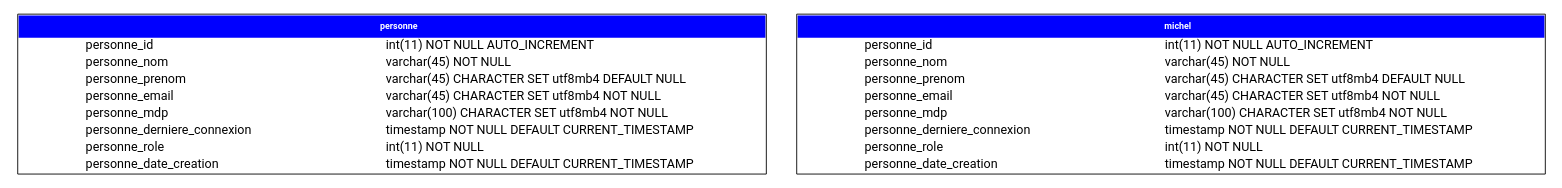
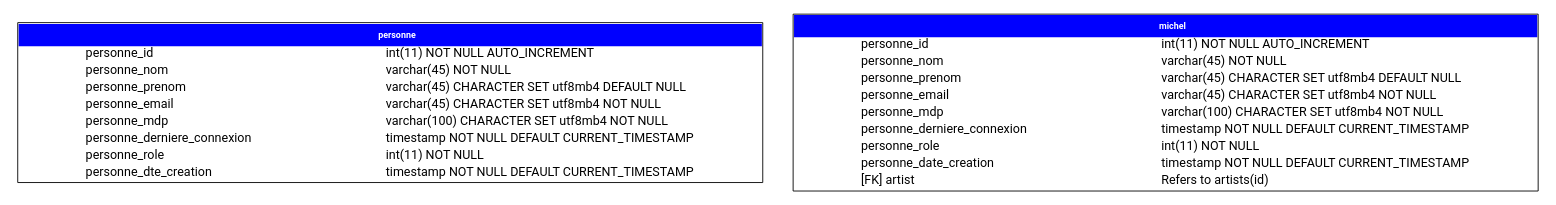
Before and after one commit to nag763/doteur: the diagram in output.dot, drawn with Graphviz. The commit also changed 2 other files, not shown here.

```diff
--- a/output.dot
+++ b/output.dot
@@ -1,106 +1,111 @@
 digraph hello {
 
     node [
 
         shape = "plaintext"
 
     ]
 personne [label=<
     <TABLE BGCOLOR="white" BORDER="1" CELLBORDER="0" CELLSPACING="0">
     <TR><TD COLSPAN="2" CELLPADDING="5" ALIGN="CENTER" BGCOLOR="blue">
     <FONT FACE="Roboto" COLOR="white" POINT-SIZE="10"><B>
     personne
     </B></FONT></TD></TR>
 <TR><TD ALIGN="LEFT" BORDER="0">
                 <FONT FACE="Roboto">personne_id</FONT>
                 </TD><TD ALIGN="LEFT">
-                <FONT FACE="Roboto"> int(11) NOT NULL AUTO_INCREMENT</FONT>
+                <FONT FACE="Roboto">int(11) NOT NULL AUTO_INCREMENT</FONT>
                 </TD></TR>
 <TR><TD ALIGN="LEFT" BORDER="0">
                 <FONT FACE="Roboto">personne_nom</FONT>
                 </TD><TD ALIGN="LEFT">
-                <FONT FACE="Roboto"> varchar(45) NOT NULL</FONT>
+                <FONT FACE="Roboto">varchar(45) NOT NULL</FONT>
                 </TD></TR>
 <TR><TD ALIGN="LEFT" BORDER="0">
                 <FONT FACE="Roboto">personne_prenom</FONT>
                 </TD><TD ALIGN="LEFT">
-                <FONT FACE="Roboto"> varchar(45) CHARACTER SET utf8mb4 DEFAULT NULL</FONT>
+                <FONT FACE="Roboto">varchar(45) CHARACTER SET utf8mb4 DEFAULT NULL</FONT>
                 </TD></TR>
 <TR><TD ALIGN="LEFT" BORDER="0">
                 <FONT FACE="Roboto">personne_email</FONT>
                 </TD><TD ALIGN="LEFT">
-                <FONT FACE="Roboto"> varchar(45) CHARACTER SET utf8mb4 NOT NULL</FONT>
+                <FONT FACE="Roboto">varchar(45) CHARACTER SET utf8mb4 NOT NULL</FONT>
                 </TD></TR>
 <TR><TD ALIGN="LEFT" BORDER="0">
                 <FONT FACE="Roboto">personne_mdp</FONT>
                 </TD><TD ALIGN="LEFT">
-                <FONT FACE="Roboto"> varchar(100) CHARACTER SET utf8mb4 NOT NULL</FONT>
+                <FONT FACE="Roboto">varchar(100) CHARACTER SET utf8mb4 NOT NULL</FONT>
                 </TD></TR>
 <TR><TD ALIGN="LEFT" BORDER="0">
                 <FONT FACE="Roboto">personne_derniere_connexion</FONT>
                 </TD><TD ALIGN="LEFT">
-                <FONT FACE="Roboto"> timestamp NOT NULL DEFAULT CURRENT_TIMESTAMP</FONT>
+                <FONT FACE="Roboto">timestamp NOT NULL DEFAULT CURRENT_TIMESTAMP</FONT>
                 </TD></TR>
 <TR><TD ALIGN="LEFT" BORDER="0">
                 <FONT FACE="Roboto">personne_role</FONT>
                 </TD><TD ALIGN="LEFT">
-                <FONT FACE="Roboto"> int(11) NOT NULL</FONT>
+                <FONT FACE="Roboto">int(11) NOT NULL</FONT>
                 </TD></TR>
 <TR><TD ALIGN="LEFT" BORDER="0">
-                <FONT FACE="Roboto">personne_date_creation</FONT>
+                <FONT FACE="Roboto">personne_dte_creation</FONT>
                 </TD><TD ALIGN="LEFT">
-                <FONT FACE="Roboto"> timestamp NOT NULL DEFAULT CURRENT_TIMESTAMP</FONT>
+                <FONT FACE="Roboto">timestamp NOT NULL DEFAULT CURRENT_TIMESTAMP</FONT>
                 </TD></TR>
 
 
 </TABLE> >]
 michel [label=<
     <TABLE BGCOLOR="white" BORDER="1" CELLBORDER="0" CELLSPACING="0">
     <TR><TD COLSPAN="2" CELLPADDING="5" ALIGN="CENTER" BGCOLOR="blue">
     <FONT FACE="Roboto" COLOR="white" POINT-SIZE="10"><B>
     michel
     </B></FONT></TD></TR>
 <TR><TD ALIGN="LEFT" BORDER="0">
                 <FONT FACE="Roboto">personne_id</FONT>
                 </TD><TD ALIGN="LEFT">
-                <FONT FACE="Roboto"> int(11) NOT NULL AUTO_INCREMENT</FONT>
+                <FONT FACE="Roboto">int(11) NOT NULL AUTO_INCREMENT</FONT>
                 </TD></TR>
 <TR><TD ALIGN="LEFT" BORDER="0">
                 <FONT FACE="Roboto">personne_nom</FONT>
                 </TD><TD ALIGN="LEFT">
-                <FONT FACE="Roboto"> varchar(45) NOT NULL</FONT>
+                <FONT FACE="Roboto">varchar(45) NOT NULL</FONT>
                 </TD></TR>
 <TR><TD ALIGN="LEFT" BORDER="0">
                 <FONT FACE="Roboto">personne_prenom</FONT>
                 </TD><TD ALIGN="LEFT">
-                <FONT FACE="Roboto"> varchar(45) CHARACTER SET utf8mb4 DEFAULT NULL</FONT>
+                <FONT FACE="Roboto">varchar(45) CHARACTER SET utf8mb4 DEFAULT NULL</FONT>
                 </TD></TR>
 <TR><TD ALIGN="LEFT" BORDER="0">
                 <FONT FACE="Roboto">personne_email</FONT>
                 </TD><TD ALIGN="LEFT">
-                <FONT FACE="Roboto"> varchar(45) CHARACTER SET utf8mb4 NOT NULL</FONT>
+                <FONT FACE="Roboto">varchar(45) CHARACTER SET utf8mb4 NOT NULL</FONT>
                 </TD></TR>
 <TR><TD ALIGN="LEFT" BORDER="0">
                 <FONT FACE="Roboto">personne_mdp</FONT>
                 </TD><TD ALIGN="LEFT">
-                <FONT FACE="Roboto"> varchar(100) CHARACTER SET utf8mb4 NOT NULL</FONT>
+                <FONT FACE="Roboto">varchar(100) CHARACTER SET utf8mb4 NOT NULL</FONT>
                 </TD></TR>
 <TR><TD ALIGN="LEFT" BORDER="0">
                 <FONT FACE="Roboto">personne_derniere_connexion</FONT>
                 </TD><TD ALIGN="LEFT">
-                <FONT FACE="Roboto"> timestamp NOT NULL DEFAULT CURRENT_TIMESTAMP</FONT>
+                <FONT FACE="Roboto">timestamp NOT NULL DEFAULT CURRENT_TIMESTAMP</FONT>
                 </TD></TR>
 <TR><TD ALIGN="LEFT" BORDER="0">
                 <FONT FACE="Roboto">personne_role</FONT>
                 </TD><TD ALIGN="LEFT">
-                <FONT FACE="Roboto"> int(11) NOT NULL</FONT>
+                <FONT FACE="Roboto">int(11) NOT NULL</FONT>
                 </TD></TR>
 <TR><TD ALIGN="LEFT" BORDER="0">
                 <FONT FACE="Roboto">personne_date_creation</FONT>
                 </TD><TD ALIGN="LEFT">
-                <FONT FACE="Roboto"> timestamp NOT NULL DEFAULT CURRENT_TIMESTAMP</FONT>
+                <FONT FACE="Roboto">timestamp NOT NULL DEFAULT CURRENT_TIMESTAMP</FONT>
                 </TD></TR>
 
 
+<TR><TD ALIGN="LEFT" BORDER="0">
+                <FONT FACE="Roboto">[FK] artist</FONT>
+                </TD><TD ALIGN="LEFT">
+                <FONT FACE="Roboto">Refers to artists(id)</FONT>
+                </TD></TR>
 </TABLE> >]
 }
```
